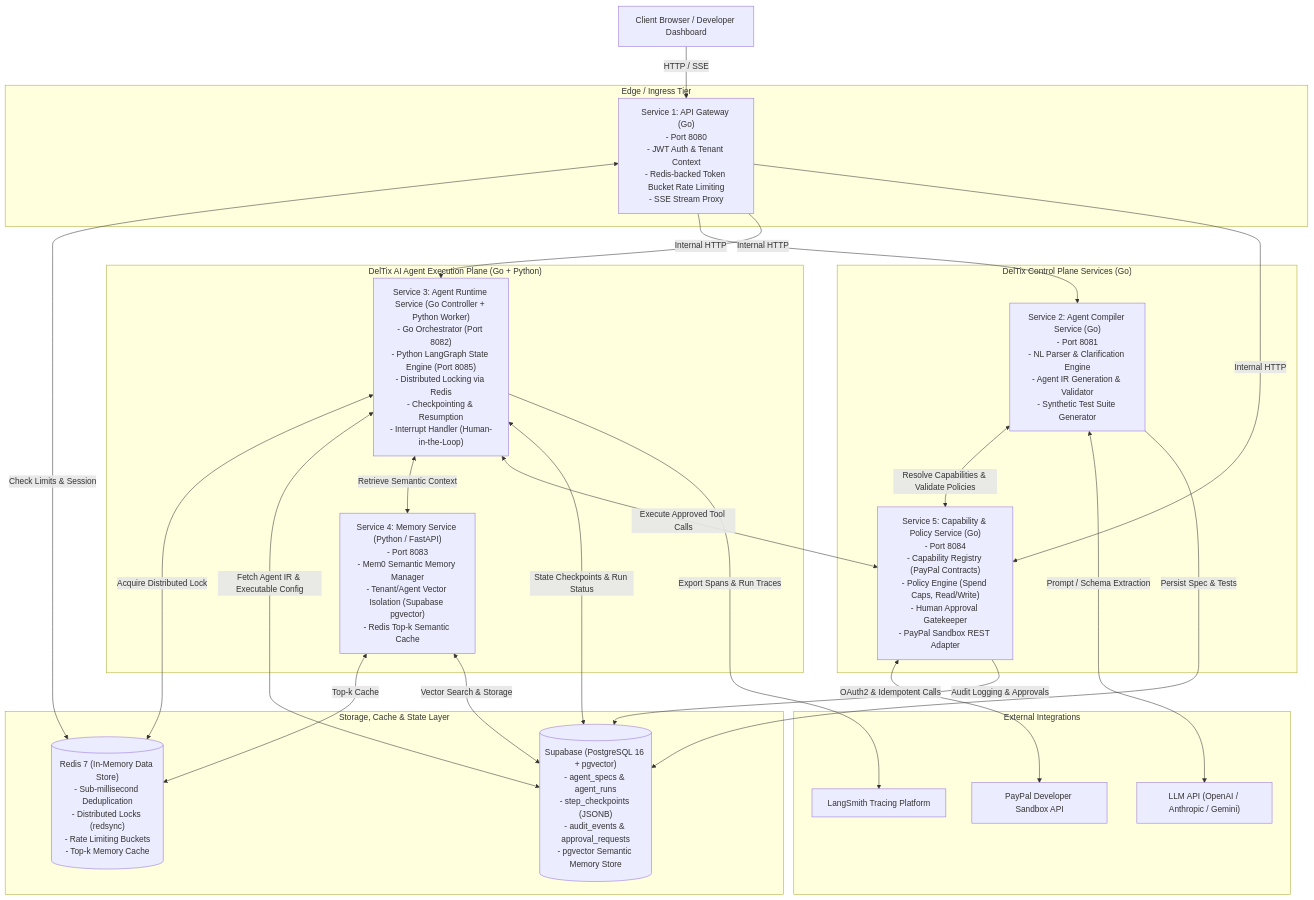
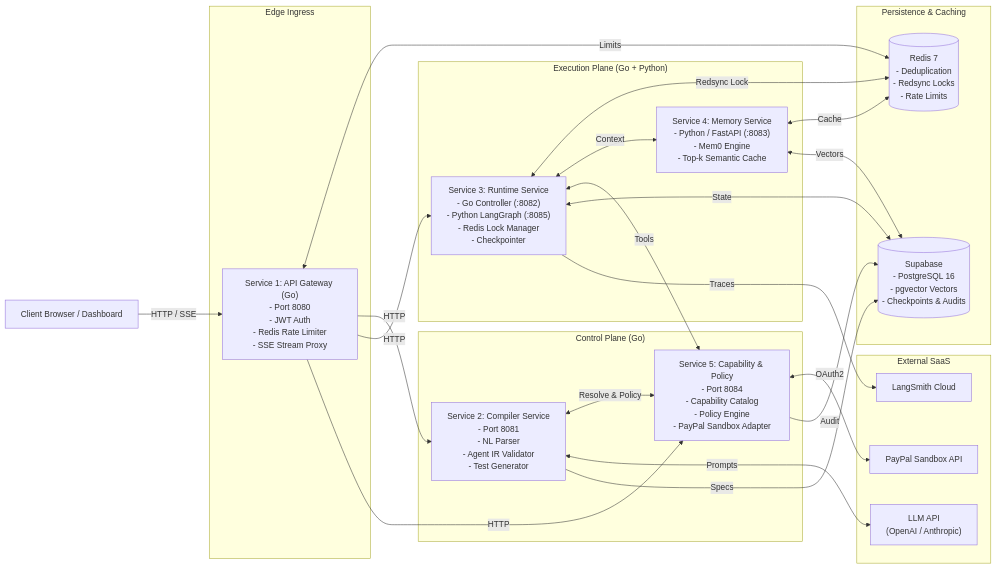
The diagram in docs/system-architecture/diagrams/02-container-architecture.md (Kavisharora12/DelTix), drawn with Mermaid before and after one commit. The commit also changed 7 other files, not shown here.

````diff
--- a/docs/system-architecture/diagrams/02-container-architecture.md
+++ b/docs/system-architecture/diagrams/02-container-architecture.md
@@ -5,54 +5,51 @@
 ```mermaid
-flowchart TB
-    Client["Client Browser / Developer Dashboard"]
+flowchart LR
+    Client["Client Browser / Dashboard"]
 
-    subgraph Edge["Edge / Ingress Tier"]
-        APIGateway["Service 1: API Gateway (Go)\n- Port 8080\n- JWT Auth & Tenant Context\n- Redis-backed Token Bucket Rate Limiting\n- SSE Stream Proxy"]
+    subgraph Edge["Edge Ingress"]
+        APIGateway["Service 1: API Gateway (Go)\n- Port 8080\n- JWT Auth\n- Redis Rate Limiter\n- SSE Stream Proxy"]
     end
 
-    subgraph ControlPlane["DelTix Control Plane Services (Go)"]
-        CompilerSvc["Service 2: Agent Compiler Service (Go)\n- Port 8081\n- NL Parser & Clarification Engine\n- Agent IR Generation & Validator\n- Synthetic Test Suite Generator"]
-        
-        CapPolicySvc["Service 5: Capability & Policy Service (Go)\n- Port 8084\n- Capability Registry (PayPal Contracts)\n- Policy Engine (Spend Caps, Read/Write)\n- Human Approval Gatekeeper\n- PayPal Sandbox REST Adapter"]
+    subgraph ControlPlane["Control Plane (Go)"]
+        CompilerSvc["Service 2: Compiler Service\n- Port 8081\n- NL Parser\n- Agent IR Validator\n- Test Generator"]
+        CapPolicySvc["Service 5: Capability & Policy\n- Port 8084\n- Capability Catalog\n- Policy Engine\n- PayPal Sandbox Adapter"]
     end
 
-    subgraph ExecutionPlane["DelTix AI Agent Execution Plane (Go + Python)"]
-        RuntimeSvc["Service 3: Agent Runtime Service (Go Controller + Python Worker)\n- Go Orchestrator (Port 8082)\n- Python LangGraph State Engine (Port 8085)\n- Distributed Locking via Redis\n- Checkpointing & Resumption\n- Interrupt Handler (Human-in-the-Loop)"]
-
-        MemorySvc["Service 4: Memory Service (Python / FastAPI)\n- Port 8083\n- Mem0 Semantic Memory Manager\n- Tenant/Agent Vector Isolation (Supabase pgvector)\n- Redis Top-k Semantic Cache"]
+    subgraph ExecutionPlane["Execution Plane (Go + Python)"]
+        RuntimeSvc["Service 3: Runtime Service\n- Go Controller (:8082)\n- Python LangGraph (:8085)\n- Redis Lock Manager\n- Checkpointer"]
+        MemorySvc["Service 4: Memory Service\n- Python / FastAPI (:8083)\n- Mem0 Engine\n- Top-k Semantic Cache"]
     end
 
-    subgraph Persistence["Storage, Cache & State Layer"]
-        RedisStore[("Redis 7 (In-Memory Data Store)\n- Sub-millisecond Deduplication\n- Distributed Locks (redsync)\n- Rate Limiting Buckets\n- Top-k Memory Cache")]
-        SupabaseDB[("Supabase (PostgreSQL 16 + pgvector)\n- agent_specs & agent_runs\n- step_checkpoints (JSONB)\n- audit_events & approval_requests\n- pgvector Semantic Memory Store")]
+    subgraph Storage["Persistence & Caching"]
+        RedisStore[("Redis 7\n- Deduplication\n- Redsync Locks\n- Rate Limits")]
+        SupabaseDB[("Supabase\n- PostgreSQL 16\n- pgvector Vectors\n- Checkpoints & Audits")]
     end
 
-    subgraph External["External Integrations"]
-        LLMProvider["LLM API (OpenAI / Anthropic / Gemini)"]
-        PPSandbox["PayPal Developer Sandbox API"]
-        LangSmithCloud["LangSmith Tracing Platform"]
+    subgraph External["External SaaS"]
+        LLMProvider["LLM API\n(OpenAI / Anthropic)"]
+        PPSandbox["PayPal Sandbox API"]
+        LangSmithCloud["LangSmith Cloud"]
     end
 
     Client -->|"HTTP / SSE"| APIGateway
-    APIGateway <-->|"Check Limits & Session"| RedisStore
-    APIGateway -->|"Internal HTTP"| CompilerSvc
-    APIGateway -->|"Internal HTTP"| RuntimeSvc
-    APIGateway -->|"Internal HTTP"| CapPolicySvc
+    APIGateway <-->|"Limits"| RedisStore
+    APIGateway -->|"HTTP"| CompilerSvc
+    APIGateway -->|"HTTP"| RuntimeSvc
+    APIGateway -->|"HTTP"| CapPolicySvc
 
-    CompilerSvc <-->|"Resolve Capabilities & Validate Policies"| CapPolicySvc
-    CompilerSvc <-->|"Prompt / Schema Extraction"| LLMProvider
-    CompilerSvc -->|"Persist Spec & Tests"| SupabaseDB
+    CompilerSvc <-->|"Resolve & Policy"| CapPolicySvc
+    CompilerSvc <-->|"Prompts"| LLMProvider
+    CompilerSvc -->|"Specs"| SupabaseDB
 
-    RuntimeSvc <-->|"Acquire Distributed Lock"| RedisStore
-    RuntimeSvc <-->|"Fetch Agent IR & Executable Config"| SupabaseDB
-    RuntimeSvc <-->|"Retrieve Semantic Context"| MemorySvc
-    RuntimeSvc <-->|"Execute Approved Tool Calls"| CapPolicySvc
-    RuntimeSvc <-->|"State Checkpoints & Run Status"| SupabaseDB
-    RuntimeSvc -->|"Export Spans & Run Traces"| LangSmithCloud
+    RuntimeSvc <-->|"Redsync Lock"| RedisStore
+    RuntimeSvc <-->|"Context"| MemorySvc
+    RuntimeSvc <-->|"Tools"| CapPolicySvc
+    RuntimeSvc <-->|"State"| SupabaseDB
+    RuntimeSvc -->|"Traces"| LangSmithCloud
 
-    CapPolicySvc <-->|"OAuth2 & Idempotent Calls"| PPSandbox
-    CapPolicySvc -->|"Audit Logging & Approvals"| SupabaseDB
+    CapPolicySvc <-->|"OAuth2"| PPSandbox
+    CapPolicySvc -->|"Audit"| SupabaseDB
 
-    MemorySvc <-->|"Top-k Cache"| RedisStore
-    MemorySvc <-->|"Vector Search & Storage"| SupabaseDB
+    MemorySvc <-->|"Cache"| RedisStore
+    MemorySvc <-->|"Vectors"| SupabaseDB
 ```
````
